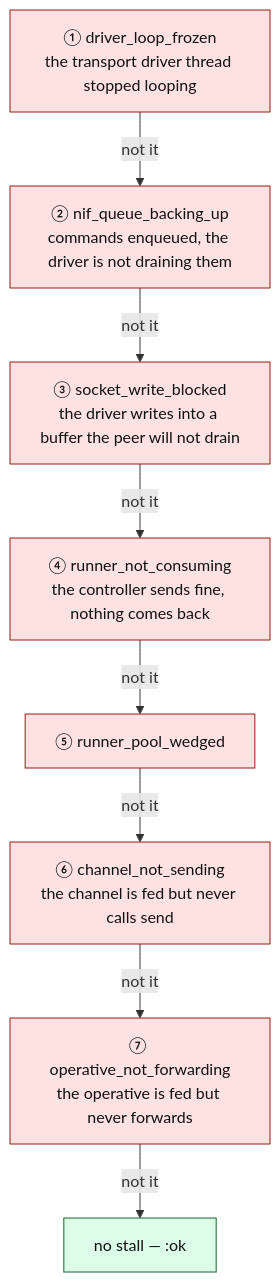
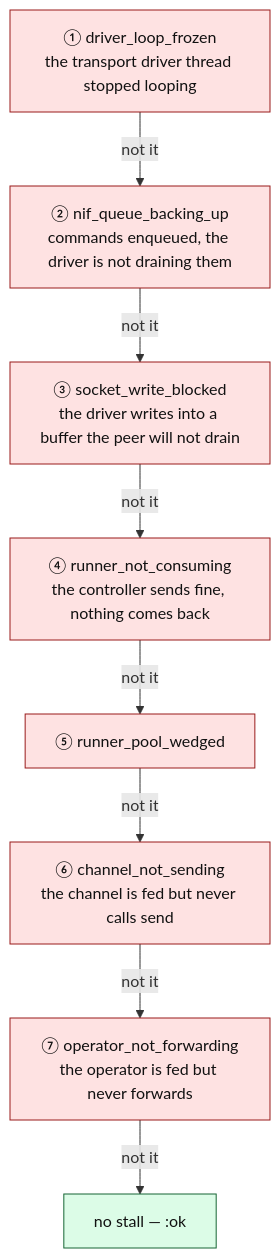
Diagram 17 of 17 in docs/architecture/kernel.md (Flezha/flezha), drawn with Mermaid before and after one commit. The commit also changed other lines of this file and 929 other files, not shown here.

First line of the commit message:
Rename Operative to Operator, and its kinds to unbounded and bounded

````diff
--- a/docs/architecture/kernel.md
+++ b/docs/architecture/kernel.md
@@ -831,16 +831,16 @@
 ```mermaid
 flowchart TB
     V1["① driver_loop_frozen<br/>the transport driver thread stopped looping"]:::risk
     V2["② nif_queue_backing_up<br/>commands enqueued, the driver is not draining them"]:::risk
     V3["③ socket_write_blocked<br/>the driver writes into a buffer the peer will not drain"]:::risk
     V4["④ runner_not_consuming<br/>the controller sends fine, nothing comes back"]:::risk
     V5["⑤ runner_pool_wedged"]:::risk
     V6["⑥ channel_not_sending<br/>the channel is fed but never calls send"]:::risk
-    V7["⑦ operative_not_forwarding<br/>the operative is fed but never forwards"]:::risk
+    V7["⑦ operator_not_forwarding<br/>the operator is fed but never forwards"]:::risk
     OK["no stall — :ok"]:::prot
 
     V1 -->|"not it"| V2 -->|"not it"| V3 -->|"not it"| V4 -->|"not it"| V5 -->|"not it"| V6 -->|"not it"| V7 -->|"not it"| OK
 
     classDef risk fill:#fee2e2,stroke:#991b1b,color:#111
     classDef prot fill:#dcfce7,stroke:#166534,color:#111
 ```
````
